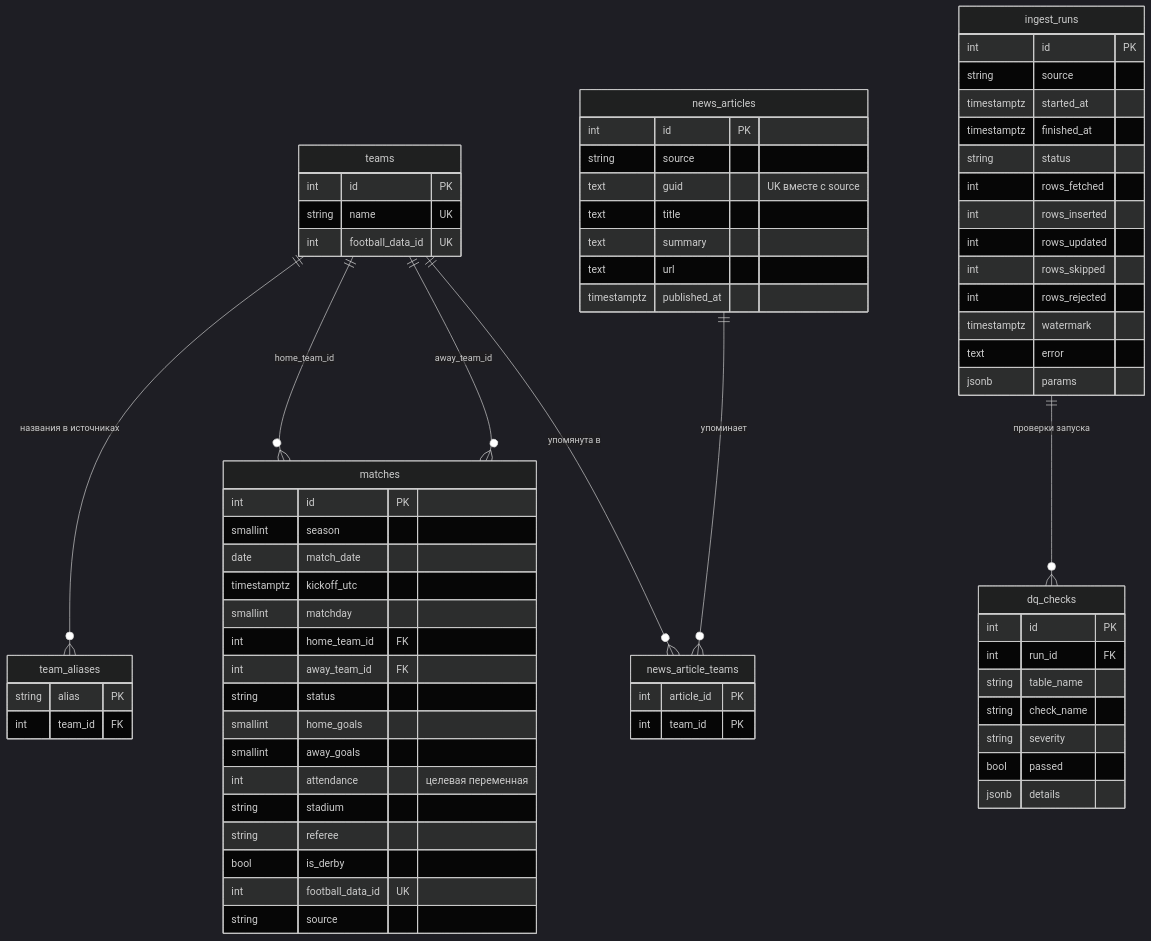
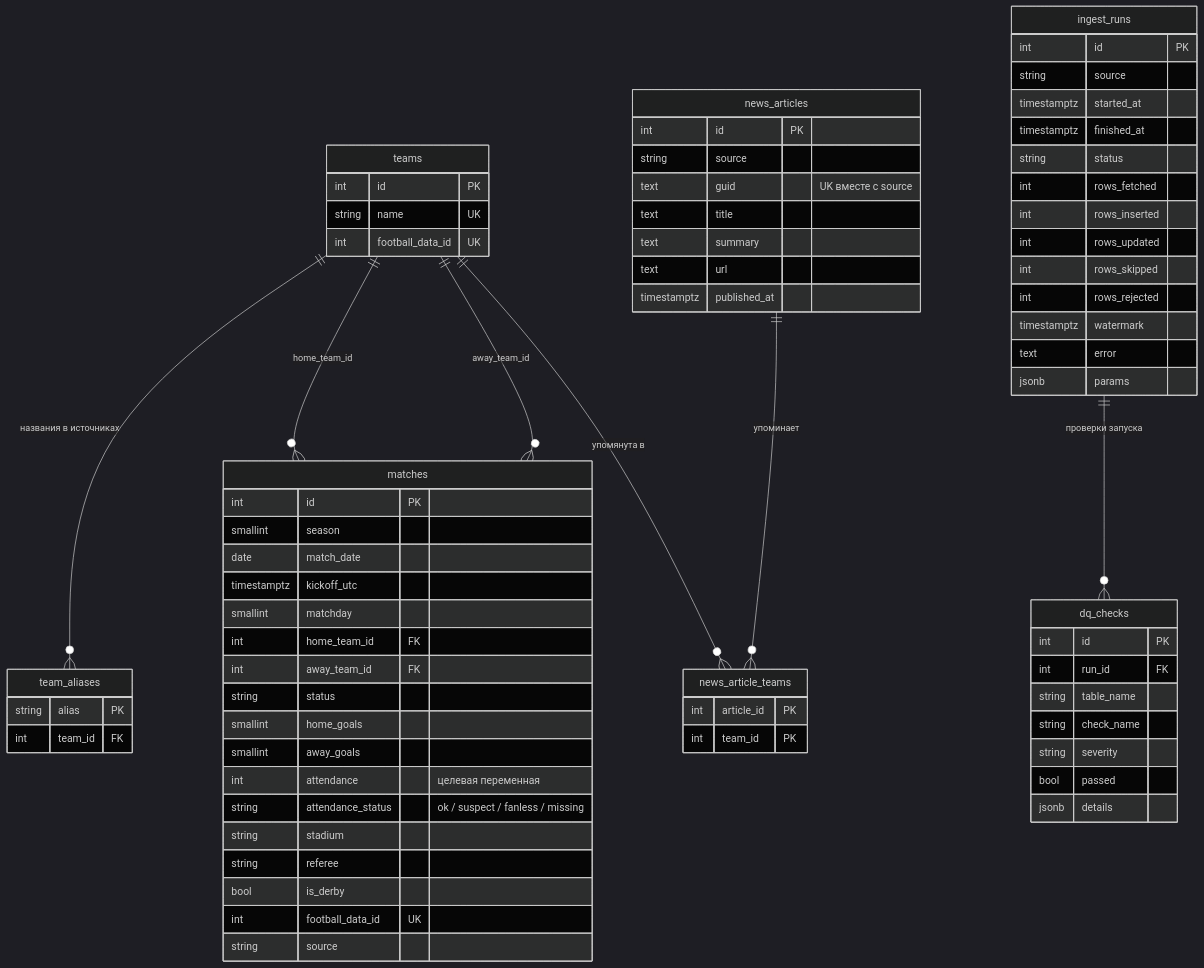
The diagram in docs/db_schema.md (IIcon18/epl_forecast), drawn with Mermaid (dark theme) before and after one commit. The commit also changed other lines of this file and 6 other files, not shown here.

````diff
--- a/docs/db_schema.md
+++ b/docs/db_schema.md
@@ -6,74 +6,75 @@
 ```mermaid
 erDiagram
     teams ||--o{ team_aliases : "названия в источниках"
     teams ||--o{ matches : "home_team_id"
     teams ||--o{ matches : "away_team_id"
     teams ||--o{ news_article_teams : "упомянута в"
     news_articles ||--o{ news_article_teams : "упоминает"
     ingest_runs ||--o{ dq_checks : "проверки запуска"
 
     teams {
         int id PK
         string name UK
         int football_data_id UK
     }
     team_aliases {
         string alias PK
         int team_id FK
     }
     matches {
         int id PK
         smallint season
         date match_date
         timestamptz kickoff_utc
         smallint matchday
         int home_team_id FK
         int away_team_id FK
         string status
         smallint home_goals
         smallint away_goals
         int attendance "целевая переменная"
+        string attendance_status "ok / suspect / fanless / missing"
         string stadium
         string referee
         bool is_derby
         int football_data_id UK
         string source
     }
     news_articles {
         int id PK
         string source
         text guid "UK вместе с source"
         text title
         text summary
         text url
         timestamptz published_at
     }
     news_article_teams {
         int article_id PK
         int team_id PK
     }
     ingest_runs {
         int id PK
         string source
         timestamptz started_at
         timestamptz finished_at
         string status
         int rows_fetched
         int rows_inserted
         int rows_updated
         int rows_skipped
         int rows_rejected
         timestamptz watermark
         text error
         jsonb params
     }
     dq_checks {
         int id PK
         int run_id FK
         string table_name
         string check_name
         string severity
         bool passed
         jsonb details
     }
 ```
````
